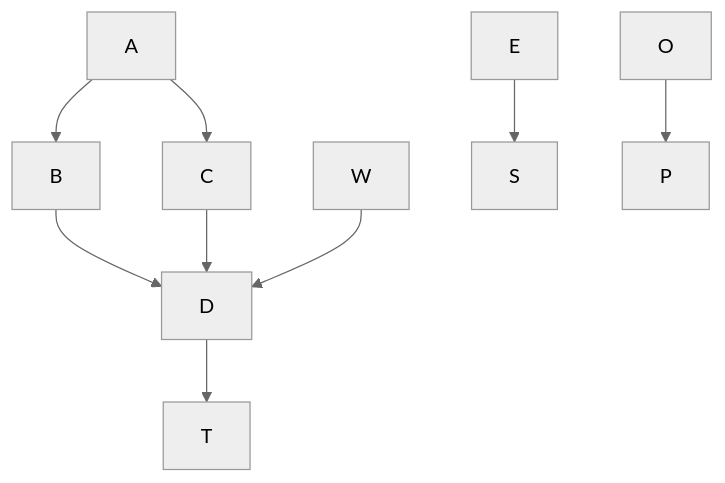
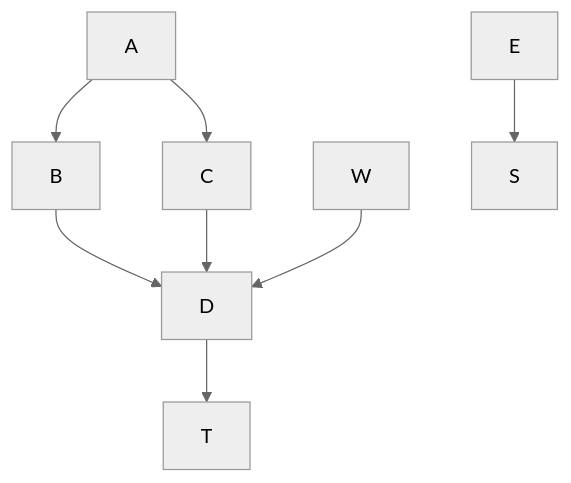
Before and after one commit to neenjaw/mermaid-markdown-test: the first of 2 diagrams in test/flow_inline.md, drawn with Mermaid (neutral theme). The commit also changed other lines of this file and 1 other file, not shown here.

````diff
--- a/test/flow_inline.md
+++ b/test/flow_inline.md
@@ -11,11 +5,10 @@
 ```mermaid
 graph TD;
     A-->B;
     A-->C;
     B-->D;
     C-->D;
     W-->D;
     E-->S;
     D-->T;
-    O-->P;
 ```
````
